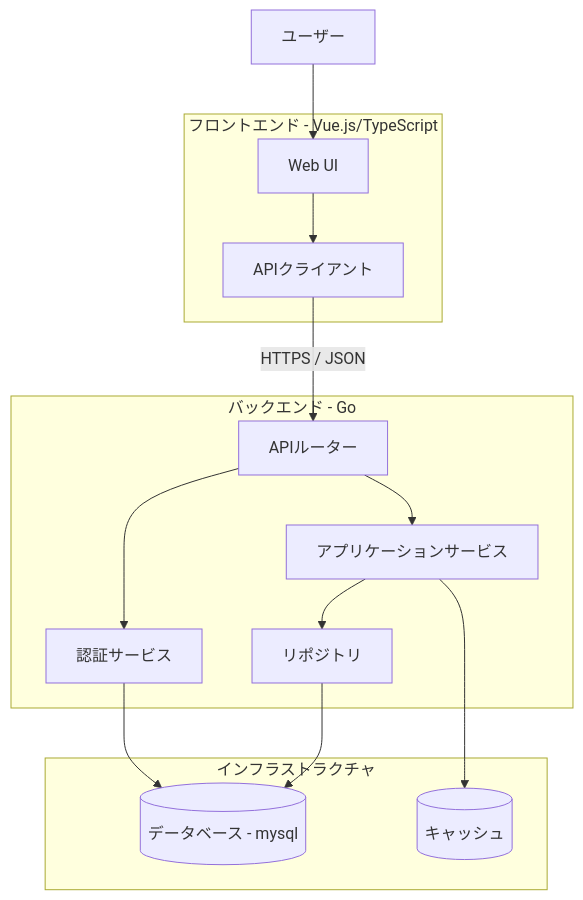
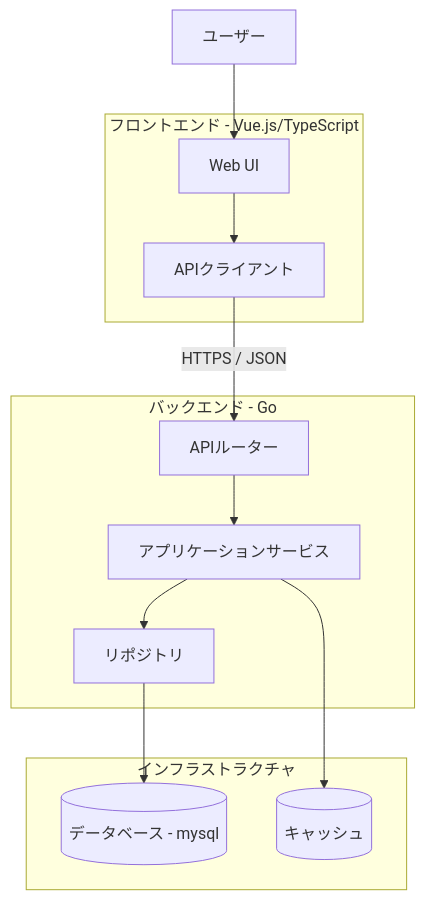
Before and after one commit to pghk57/JugTechTree: the diagram in docs/software_architecture.md, drawn with Mermaid.

Commit message:
update: バックエンドのアーキテクチャから認証サービスを削除

````diff
--- a/docs/software_architecture.md
+++ b/docs/software_architecture.md
@@ -8,33 +8,30 @@
 ```mermaid
 flowchart TB
     User["ユーザー"]
 
     subgraph Frontend["フロントエンド - Vue.js/TypeScript"]
         UI["Web UI"]
         Client["APIクライアント"]
         UI --> Client
     end
 
     subgraph Backend["バックエンド - Go"]
         Router["APIルーター"]
-        Auth["認証サービス"]
         App["アプリケーションサービス"]
         Repo["リポジトリ"]
-        Router --> Auth
         Router --> App
         App --> Repo
     end
 
     subgraph Infrastructure["インフラストラクチャ"]
         DB[("データベース - mysql")]
         Cache[("キャッシュ")]
     end
 
     User --> UI
     Client -->|"HTTPS / JSON"| Router
-    Auth --> DB
     Repo --> DB
     App --> Cache
 
 
 ```
````
